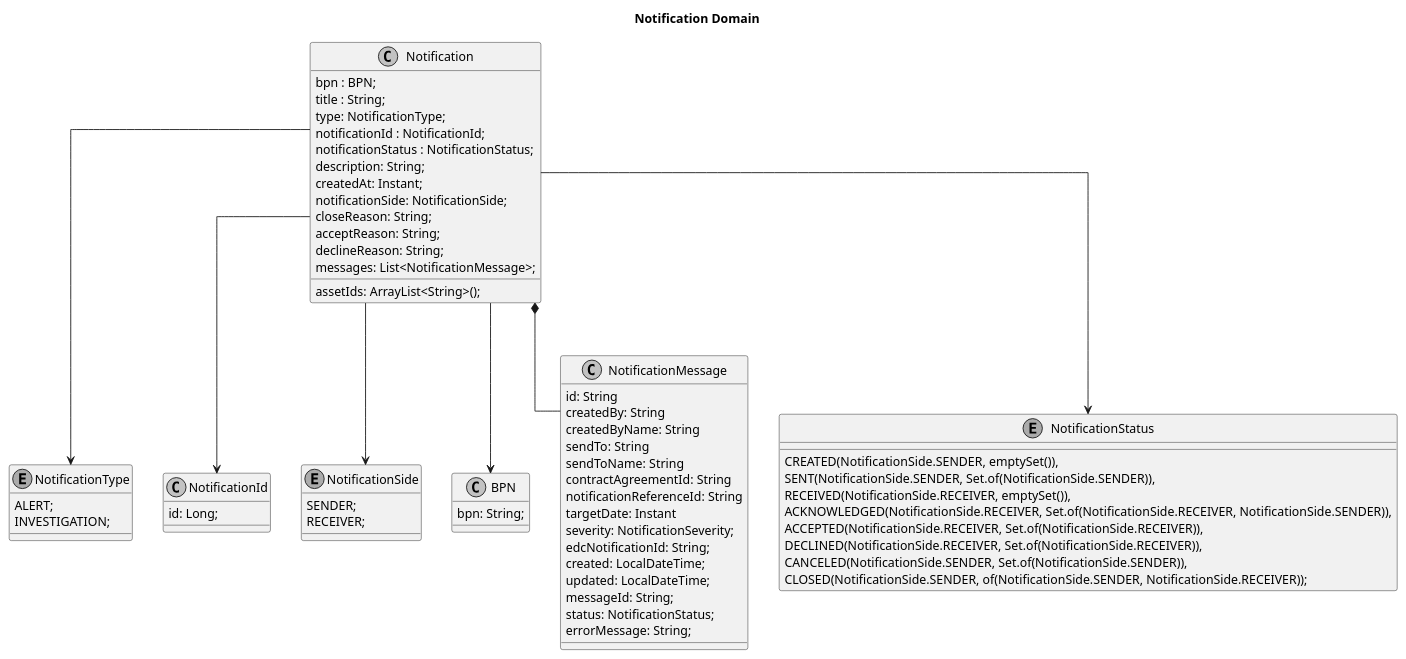
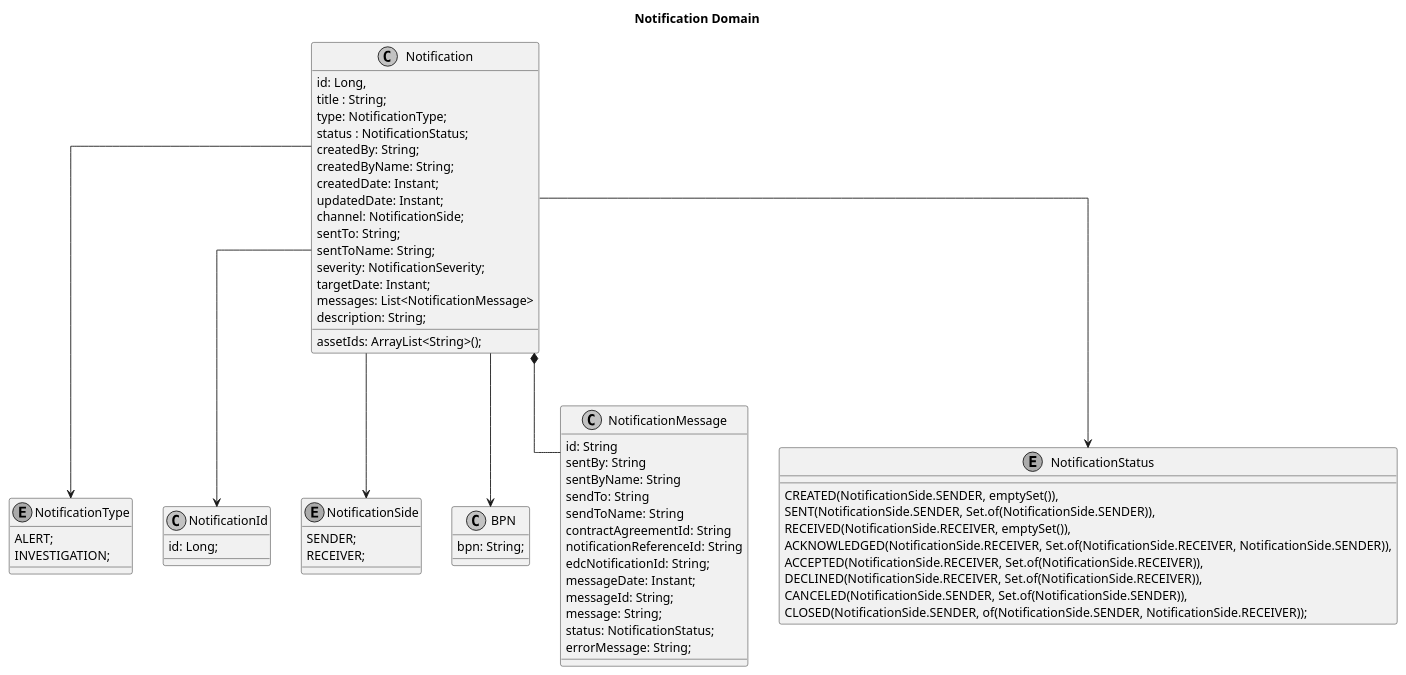
One commit to eclipse-tractusx/traceability-foss changed the diagram in docs/src/uml-diagrams/arc42/cross-cutting/domain-model/domain-model-quality-notifications.puml. Above: the diagram before and after it, drawn with PlantUML. The commit also changed 1 other file, not shown here.

```diff
--- a/docs/src/uml-diagrams/arc42/cross-cutting/domain-model/domain-model-quality-notifications.puml
+++ b/docs/src/uml-diagrams/arc42/cross-cutting/domain-model/domain-model-quality-notifications.puml
@@ -1,75 +1,76 @@
 @startuml
 skinparam monochrome true
 skinparam shadowing false
 skinparam defaultFontName "Architects daughter"
 skinparam linetype ortho
 title: Notification Domain
 
 class Notification {
-    bpn : BPN;
+    id: Long,
     title : String;
     type: NotificationType;
-    notificationId : NotificationId;
-    notificationStatus : NotificationStatus;
+    status : NotificationStatus;
+    createdBy: String;
+    createdByName: String;
+    createdDate: Instant;
+    updatedDate: Instant;
+    assetIds: ArrayList<String>();
+    channel: NotificationSide;
+    sentTo: String;
+    sentToName: String;
+    severity: NotificationSeverity;
+    targetDate: Instant;
+    messages: List<NotificationMessage>
     description: String;
-    createdAt: Instant;
-    notificationSide: NotificationSide;
-    assetIds: ArrayList<String>();
-    closeReason: String;
-    acceptReason: String;
-    declineReason: String;
-    messages: List<NotificationMessage>;
 }
 
 enum NotificationType{
     ALERT;
     INVESTIGATION;
 }
 
 class NotificationId {
 id: Long;
 }
 
 enum NotificationSide{
     SENDER;
     RECEIVER;
 }
 class BPN{
 bpn: String;
 }
 class NotificationMessage {
    id: String
-   createdBy: String
-   createdByName: String
+   sentBy: String
+   sentByName: String
    sendTo: String
    sendToName: String
    contractAgreementId: String
    notificationReferenceId: String
-   targetDate: Instant
-   severity: NotificationSeverity;
    edcNotificationId: String;
-   created: LocalDateTime;
-   updated: LocalDateTime;
+   messageDate: Instant;
    messageId: String;
+   message: String;
    status: NotificationStatus;
    errorMessage: String;
 }
 
 enum NotificationStatus{
  CREATED(NotificationSide.SENDER, emptySet()),
     SENT(NotificationSide.SENDER, Set.of(NotificationSide.SENDER)),
     RECEIVED(NotificationSide.RECEIVER, emptySet()),
     ACKNOWLEDGED(NotificationSide.RECEIVER, Set.of(NotificationSide.RECEIVER, NotificationSide.SENDER)),
     ACCEPTED(NotificationSide.RECEIVER, Set.of(NotificationSide.RECEIVER)),
     DECLINED(NotificationSide.RECEIVER, Set.of(NotificationSide.RECEIVER)),
     CANCELED(NotificationSide.SENDER, Set.of(NotificationSide.SENDER)),
     CLOSED(NotificationSide.SENDER, of(NotificationSide.SENDER, NotificationSide.RECEIVER));
  }
 
 Notification --> NotificationId
 Notification --> BPN
 Notification --> NotificationType
 Notification --> NotificationStatus
 Notification --> NotificationSide
 Notification *-- NotificationMessage
 @enduml
```
